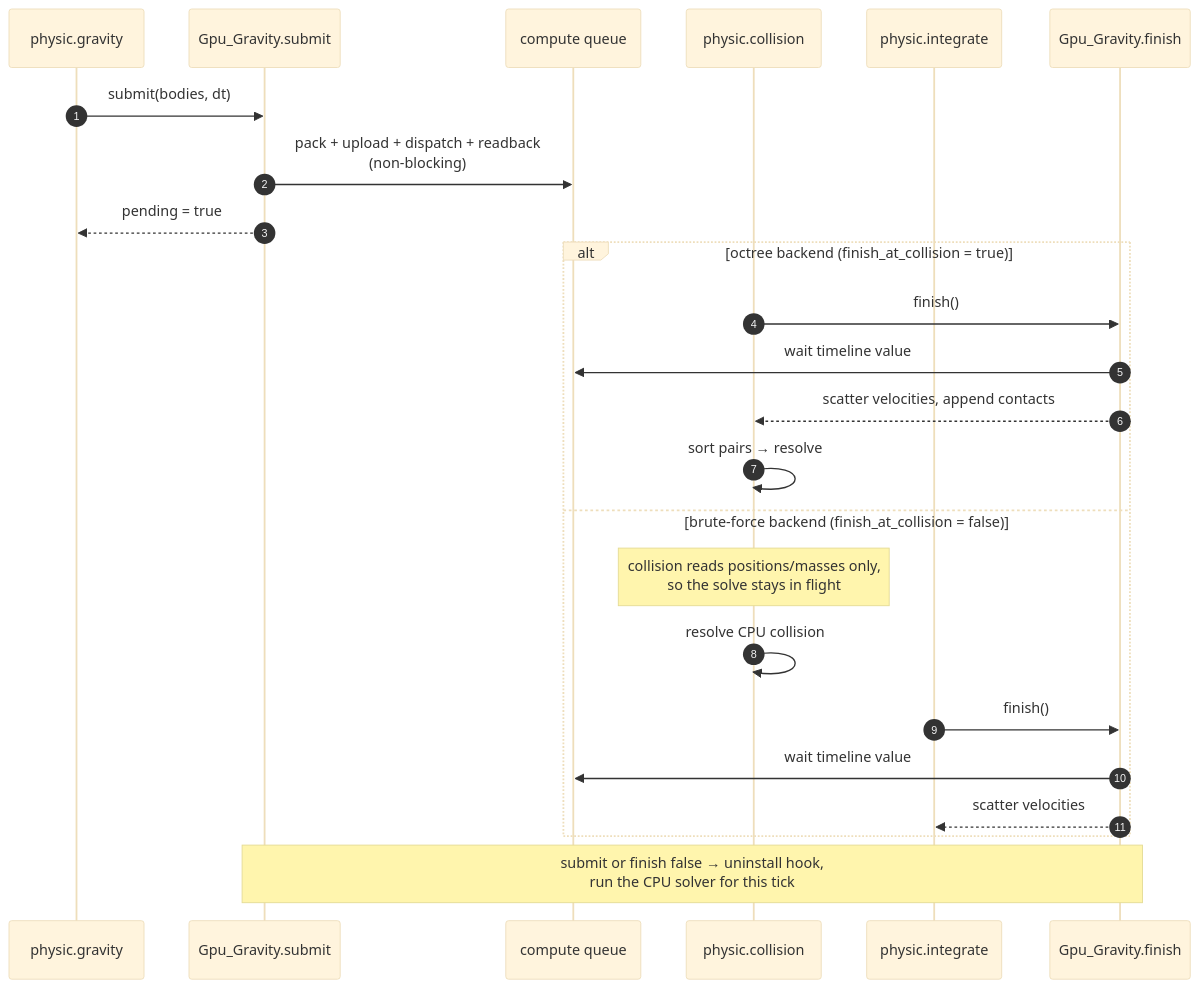
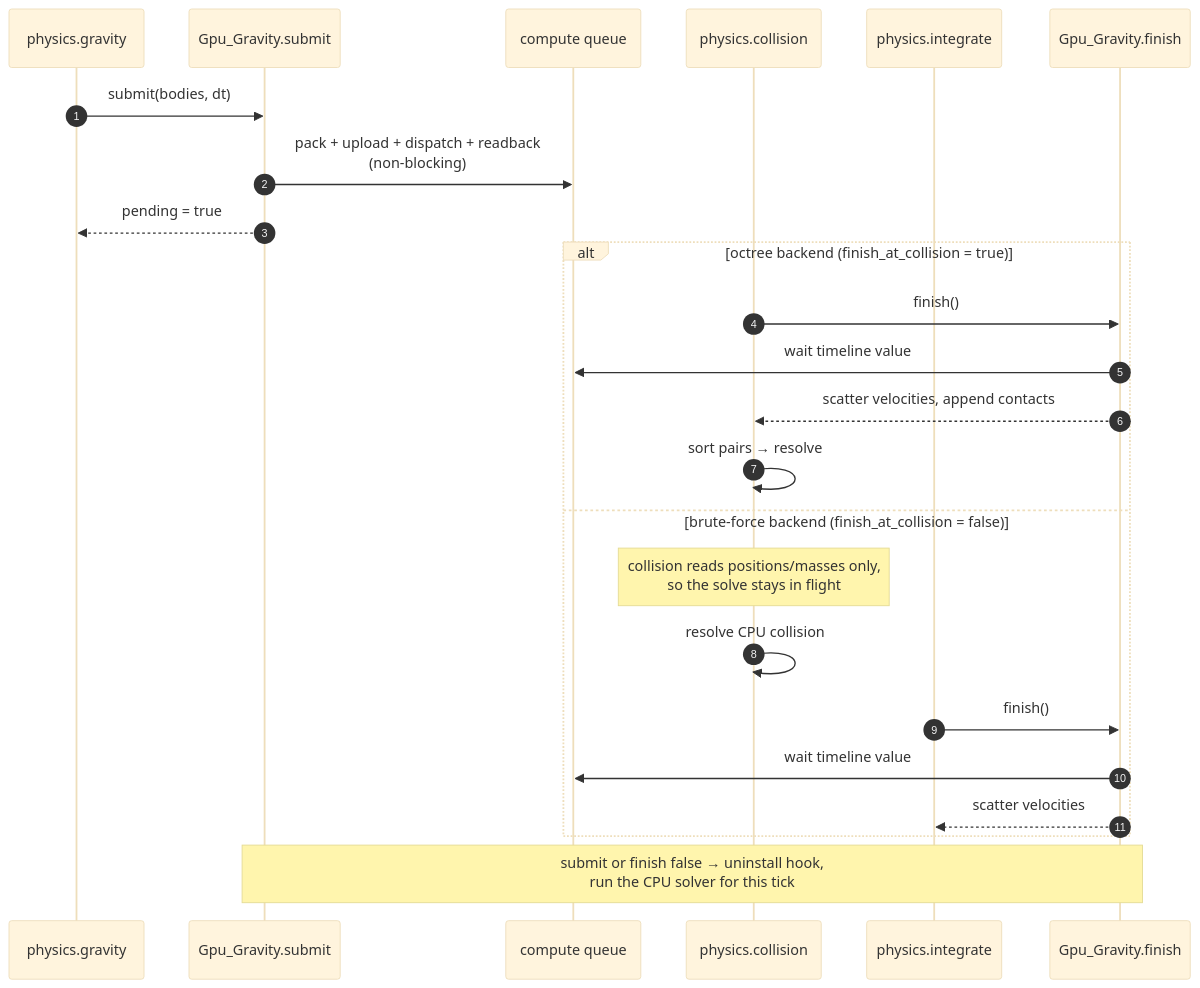
One commit to TanukiConDos/Gravity-Simulator changed the first of 5 diagrams in docs/gpu_physics.md. Above: the diagram before and after it, drawn with Mermaid (base theme). The commit also changed other lines of this file and 115 other files, not shown here.

````diff
--- a/docs/gpu_physics.md
+++ b/docs/gpu_physics.md
@@ -46,29 +46,29 @@
 ```mermaid
 sequenceDiagram
     autonumber
-    participant G as physic.gravity
+    participant G as physics.gravity
     participant S as Gpu_Gravity.submit
     participant Q as compute queue
-    participant C as physic.collision
-    participant I as physic.integrate
+    participant C as physics.collision
+    participant I as physics.integrate
     participant F as Gpu_Gravity.finish
 
     G->>S: submit(bodies, dt)
     S->>Q: pack + upload + dispatch + readback<br/>(non-blocking)
     S-->>G: pending = true
 
     alt octree backend (finish_at_collision = true)
         C->>F: finish()
         F->>Q: wait timeline value
         F-->>C: scatter velocities, append contacts
         C->>C: sort pairs → resolve
     else brute-force backend (finish_at_collision = false)
         Note over C: collision reads positions/masses only,<br/>so the solve stays in flight
         C->>C: resolve CPU collision
         I->>F: finish()
         F->>Q: wait timeline value
         F-->>I: scatter velocities
     end
 
     Note over S,F: submit or finish false → uninstall hook,<br/>run the CPU solver for this tick
 ```
````
